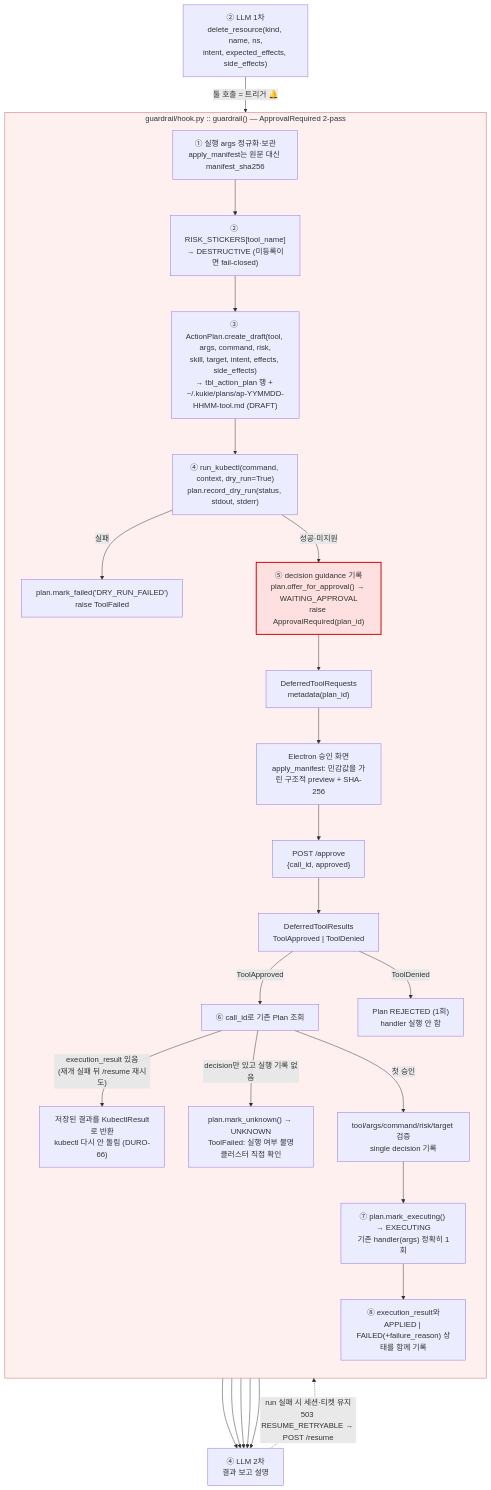
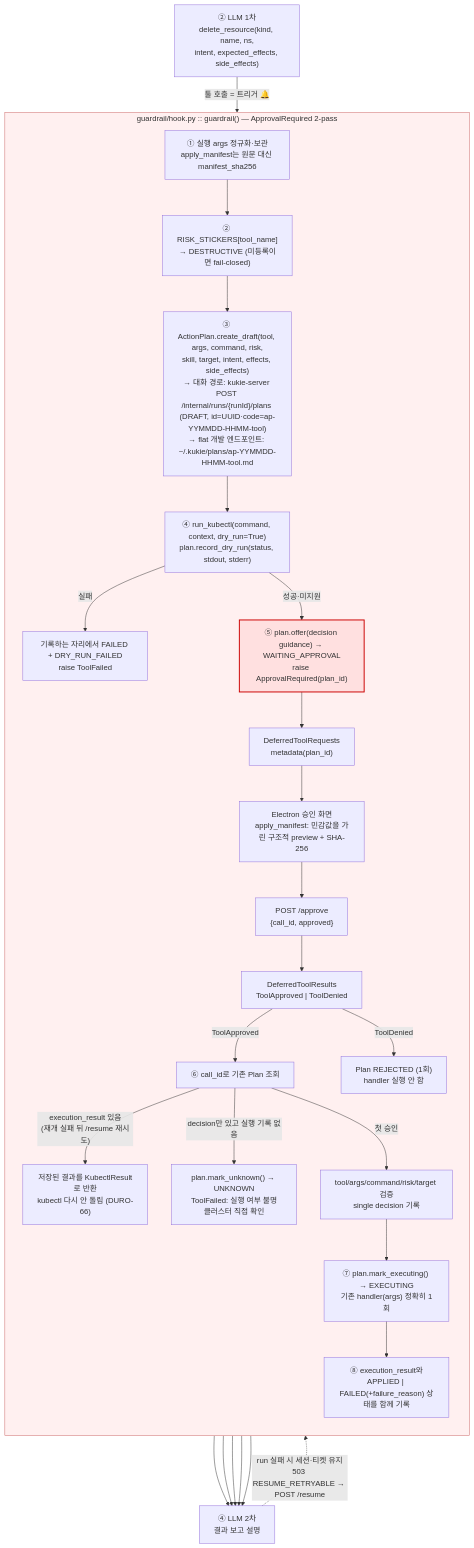
Before and after one commit to durokukie/agent: the second of 3 diagrams in docs/agent-flow.md, drawn with Mermaid. The commit also changed other lines of this file and 3 other files, not shown here.

Commit message:
docs: agent 는 DB 를 갖지 않는다 — kukie-server 는 회원 서버가 아니라 Kukie API 서버 (DURO-113)

````diff
--- a/docs/agent-flow.md
+++ b/docs/agent-flow.md
@@ -51,36 +51,36 @@
 ```mermaid
 flowchart TD
     L1["② LLM 1차<br/>delete_resource(kind, name, ns,<br/>intent, expected_effects, side_effects)"]
     L1 -->|"툴 호출 = 트리거 🔔"| H
 
     subgraph H["guardrail/hook.py :: guardrail() — ApprovalRequired 2-pass"]
         direction TB
         H1["① 실행 args 정규화·보관<br/>apply_manifest는 원문 대신 manifest_sha256"]
         H1 --> H2["② RISK_STICKERS[tool_name]<br/>→ DESTRUCTIVE (미등록이면 fail-closed)"]
-        H2 --> H3["③ ActionPlan.create_draft(tool, args, command, risk,<br/>skill, target, intent, effects, side_effects)<br/>→ tbl_action_plan 행 + ~/.kukie/plans/ap-YYMMDD-HHMM-tool.md (DRAFT)"]
+        H2 --> H3["③ ActionPlan.create_draft(tool, args, command, risk,<br/>skill, target, intent, effects, side_effects)<br/>→ 대화 경로: kukie-server POST /internal/runs/{runId}/plans (DRAFT, id=UUID·code=ap-YYMMDD-HHMM-tool)<br/>→ flat 개발 엔드포인트: ~/.kukie/plans/ap-YYMMDD-HHMM-tool.md"]
         H3 --> H4["④ run_kubectl(command, context, dry_run=True)<br/>plan.record_dry_run(status, stdout, stderr)"]
-        H4 -->|"실패"| H4F["plan.mark_failed('DRY_RUN_FAILED')<br/>raise ToolFailed"]
-        H4 -->|"성공·미지원"| H5["⑤ decision guidance 기록<br/>plan.offer_for_approval() → WAITING_APPROVAL<br/>raise ApprovalRequired(plan_id)"]
+        H4 -->|"실패"| H4F["기록하는 자리에서 FAILED + DRY_RUN_FAILED<br/>raise ToolFailed"]
+        H4 -->|"성공·미지원"| H5["⑤ plan.offer(decision guidance) → WAITING_APPROVAL<br/>raise ApprovalRequired(plan_id)"]
         H5 --> P["DeferredToolRequests<br/>metadata(plan_id)"]
         P --> E["Electron 승인 화면<br/>apply_manifest: 민감값을 가린 구조적 preview + SHA-256"]
         E --> A["POST /approve<br/>{call_id, approved}"]
         A --> D["DeferredToolResults<br/>ToolApproved | ToolDenied"]
         D -->|"ToolApproved"| H5P["⑥ call_id로 기존 Plan 조회"]
         H5P -->|"execution_result 있음<br/>(재개 실패 뒤 /resume 재시도)"| H5X["저장된 결과를 KubectlResult로 반환<br/>kubectl 다시 안 돌림 (DURO-66)"]
         H5P -->|"decision만 있고 실행 기록 없음"| H5U["plan.mark_unknown() → UNKNOWN<br/>ToolFailed: 실행 여부 불명<br/>클러스터 직접 확인"]
         H5P -->|"첫 승인"| H5A["tool/args/command/risk/target 검증<br/>single decision 기록"]
         D -->|"ToolDenied"| H5R["Plan REJECTED (1회)<br/>handler 실행 안 함"]
         H5A --> H6["⑦ plan.mark_executing() → EXECUTING<br/>기존 handler(args) 정확히 1회"]
         H6 --> H7["⑧ execution_result와<br/>APPLIED | FAILED(+failure_reason) 상태를 함께 기록"]
     end
 
     H7 --> L2["④ LLM 2차<br/>결과 보고 설명"]
     H5X --> L2
     H5U --> L2
     H4F --> L2
     H5R --> L2
     L2 -.->|"run 실패 시 세션·티켓 유지<br/>503 RESUME_RETRYABLE → POST /resume"| A
 
     style H fill:#fff0f0,stroke:#c66
     style H5 fill:#ffe0e0,stroke:#c00,stroke-width:2px
 ```
````
